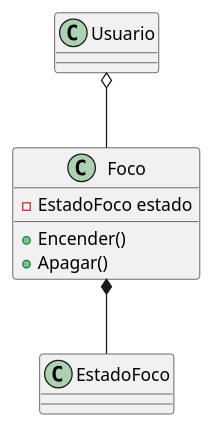
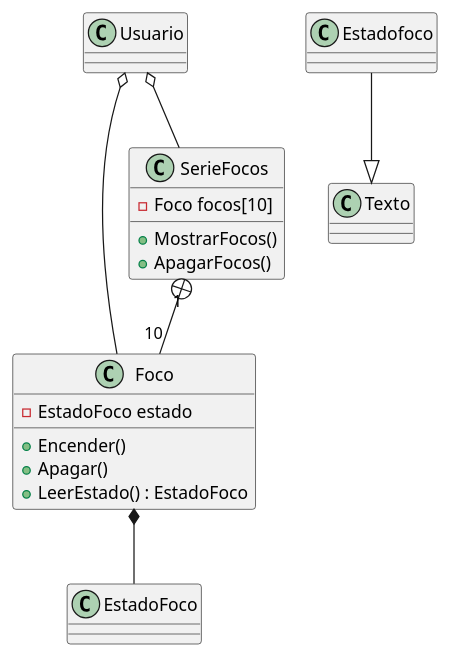
Before and after one commit to a24310303/3F261-Segundo-parcial: the diagram in docs/foco.puml, drawn with PlantUML. The commit also changed 4 other files, not shown here.

```diff
--- a/docs/foco.puml
+++ b/docs/foco.puml
@@ -1,16 +1,25 @@
 @startuml foco 
 
 class Usuario
 
 class Foco{
--EstadoFoco estado
-+Encender()
-+Apagar()
+    -EstadoFoco estado
+    +Encender()
+    +Apagar()
+    +LeerEstado() : EstadoFoco
 }
 
 class EstadoFoco
+class SerieFocos{
+    -Foco focos[10]
+    +MostrarFocos()
+    +ApagarFocos()
+}
 
 Usuario o-- Foco 
 Foco *-- EstadoFoco 
+Estadofoco --|> Texto
+SerieFocos "1" +-- "10" Foco
+Usuario o-- SerieFocos
 
 @enduml 
```
